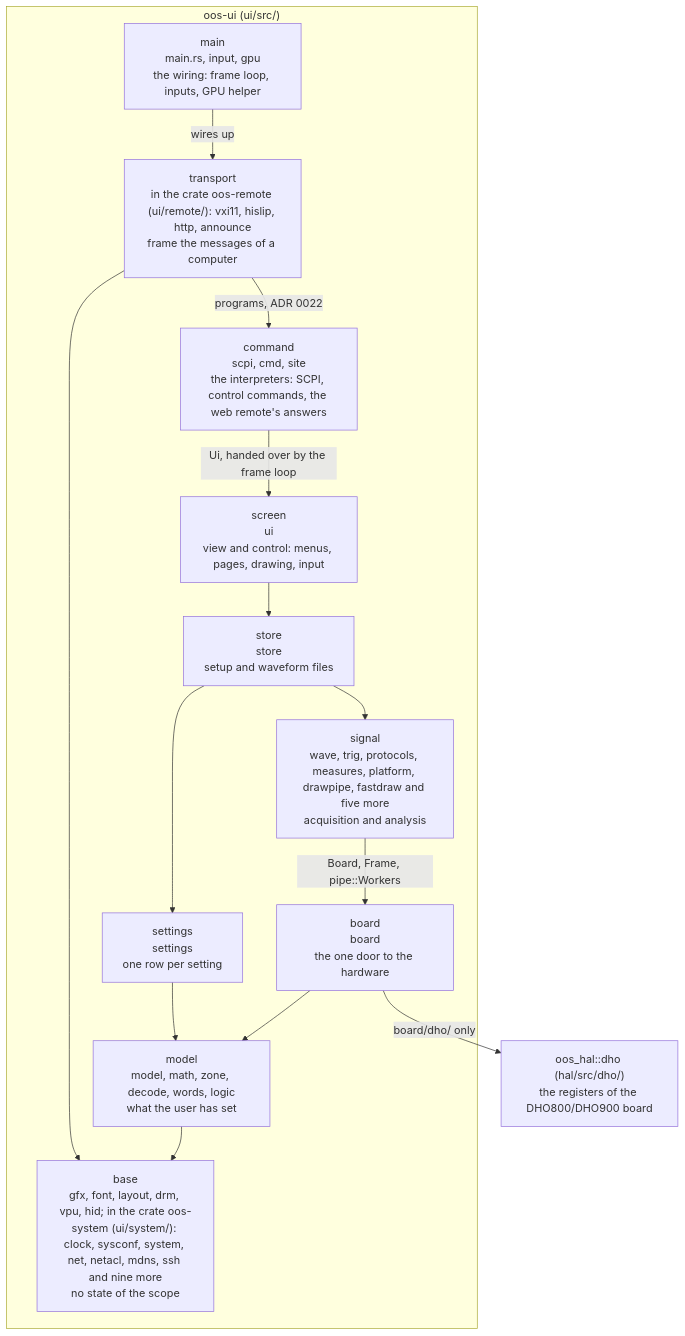
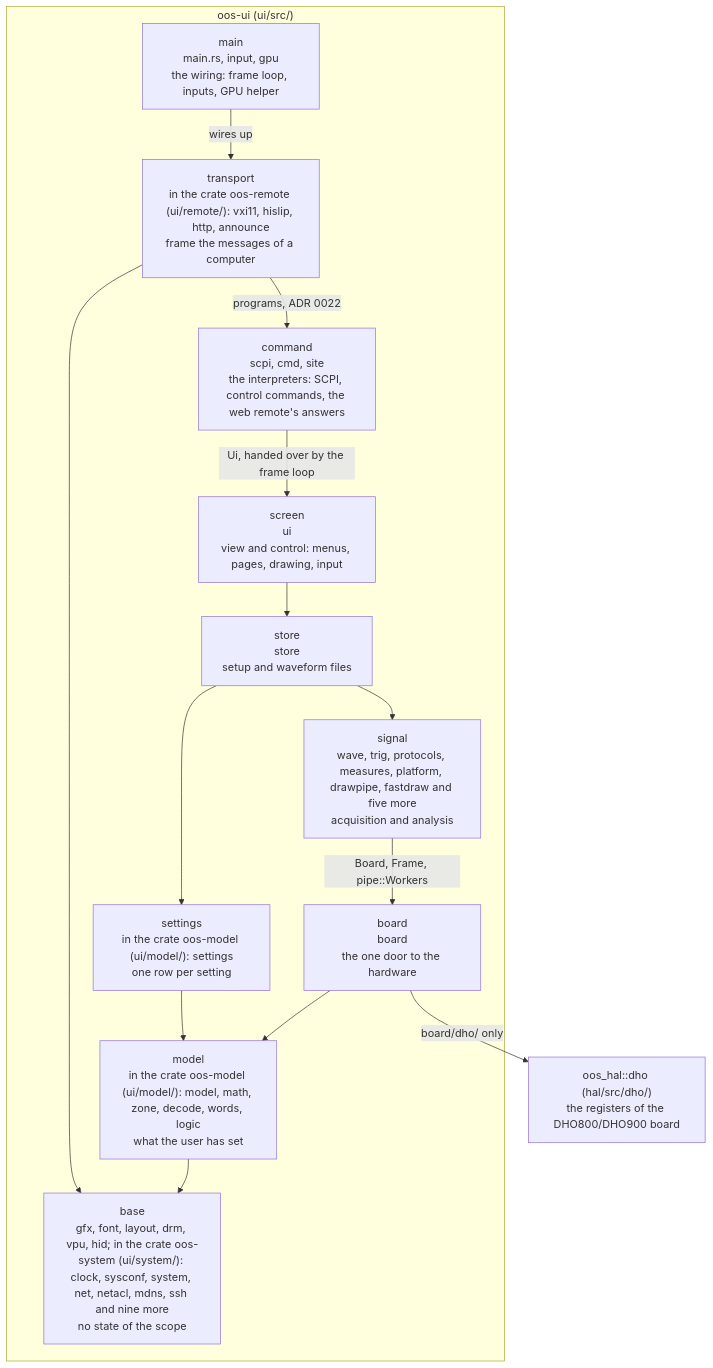
Before and after one commit to deckerjulian/oos: the fourth of 5 diagrams in docs/architecture.md, drawn with Mermaid. The commit also changed other lines of this file and 60 other files, not shown here.

First line of the commit message:
Refactor: the model and the settings table are the crate oos-model (ADR 0064, step 4) (#440)

````diff
--- a/docs/architecture.md
+++ b/docs/architecture.md
@@ -224,28 +232,28 @@
 ```mermaid
 flowchart TB
     subgraph uiL["oos-ui (ui/src/)"]
         main["main<br/>main.rs, input, gpu<br/>the wiring: frame loop, inputs, GPU helper"]
         transport["transport<br/>in the crate oos-remote (ui/remote/): vxi11, hislip, http, announce<br/>frame the messages of a computer"]
         command["command<br/>scpi, cmd, site<br/>the interpreters: SCPI, control commands, the web remote's answers"]
         screen["screen<br/>ui<br/>view and control: menus, pages, drawing, input"]
         store["store<br/>store<br/>setup and waveform files"]
         signal["signal<br/>wave, trig, protocols, measures, platform, drawpipe, fastdraw and five more<br/>acquisition and analysis"]
-        settings["settings<br/>settings<br/>one row per setting"]
+        settings["settings<br/>in the crate oos-model (ui/model/): settings<br/>one row per setting"]
         board["board<br/>board<br/>the one door to the hardware"]
-        model["model<br/>model, math, zone, decode, words, logic<br/>what the user has set"]
+        model["model<br/>in the crate oos-model (ui/model/): model, math, zone, decode, words, logic<br/>what the user has set"]
         base["base<br/>gfx, font, layout, drm, vpu, hid; in the crate oos-system (ui/system/): clock, sysconf, system, net, netacl, mdns, ssh and nine more<br/>no state of the scope"]
     end
     hal["oos_hal::dho (hal/src/dho/)<br/>the registers of the DHO800/DHO900 board"]
     main -- "wires up" --> transport
     transport -- "programs, ADR 0022" --> command
     transport --> base
     command -- "Ui, handed over by the frame loop" --> screen
     screen --> store
     store --> signal
     store --> settings
     signal -- "Board, Frame, pipe::Workers" --> board
     settings --> model
     board --> model
     model --> base
     board -- "board/dho/ only" --> hal
 ```
````
